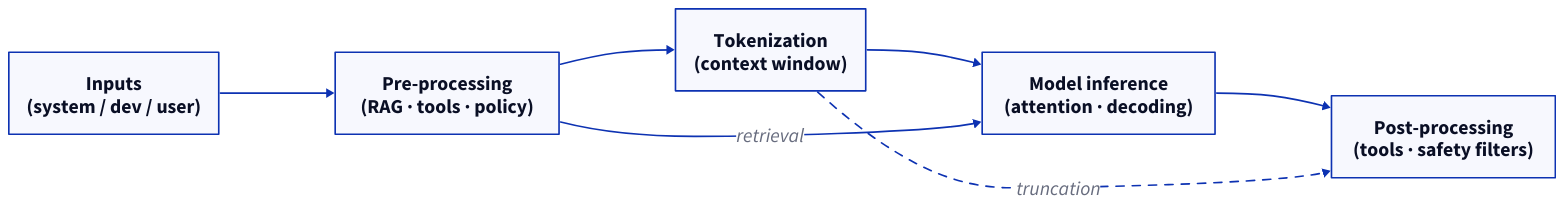
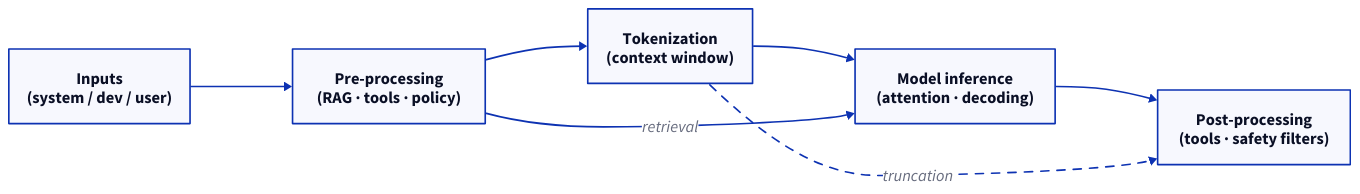
One commit to advent-of-ai-security/website changed the diagram in src/content/doors/01.mdx. Above: the diagram before and after it, drawn with D2. The commit also changed other lines of this file and 19 other files, not shown here.

````diff
--- a/src/content/doors/01.mdx
+++ b/src/content/doors/01.mdx
@@ -77,28 +84,28 @@
 ```d2
 direction: right
 style.font: mono
-style.font-size: 24
+style.font-size: 20
 
 inputs: "Inputs\n(system / dev / user)"
-inputs.style.font-size: 24
+inputs.style.font-size: 20
 pre: "Pre-processing\n(RAG · tools · policy)"
-pre.style.font-size: 24
+pre.style.font-size: 20
 tok: "Tokenization\n(context window)"
-tok.style.font-size: 24
+tok.style.font-size: 20
 infer: "Model inference\n(attention · decoding)"
-infer.style.font-size: 24
+infer.style.font-size: 20
 post: "Post-processing\n(tools · safety filters)"
-post.style.font-size: 24
+post.style.font-size: 20
 
 inputs -> pre
 pre -> tok
 tok -> infer
 infer -> post
 pre -> infer: "retrieval" {
-  style.font-size: 24
+  style.font-size: 20
 }
 tok -> post: "truncation" {
   style.stroke-dash: 5
-  style.font-size: 24
+  style.font-size: 20
 }
 ```
````
